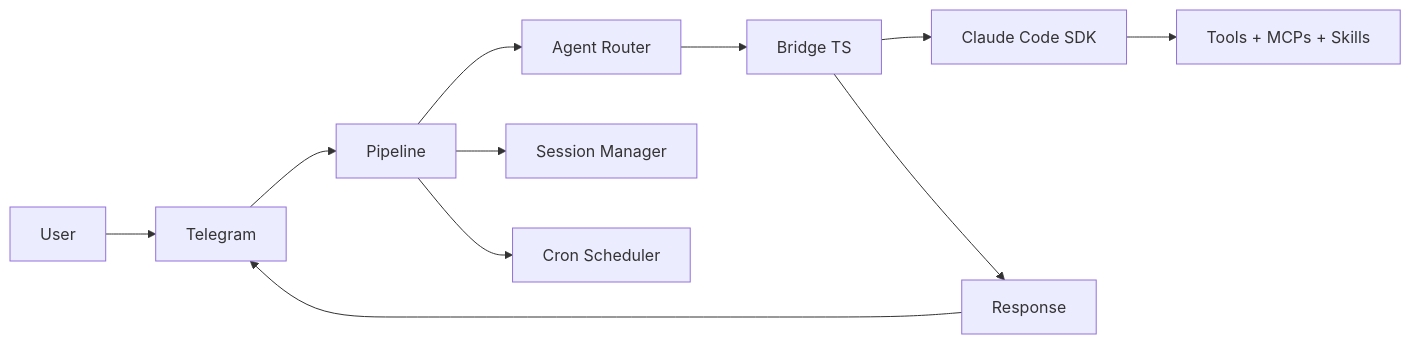
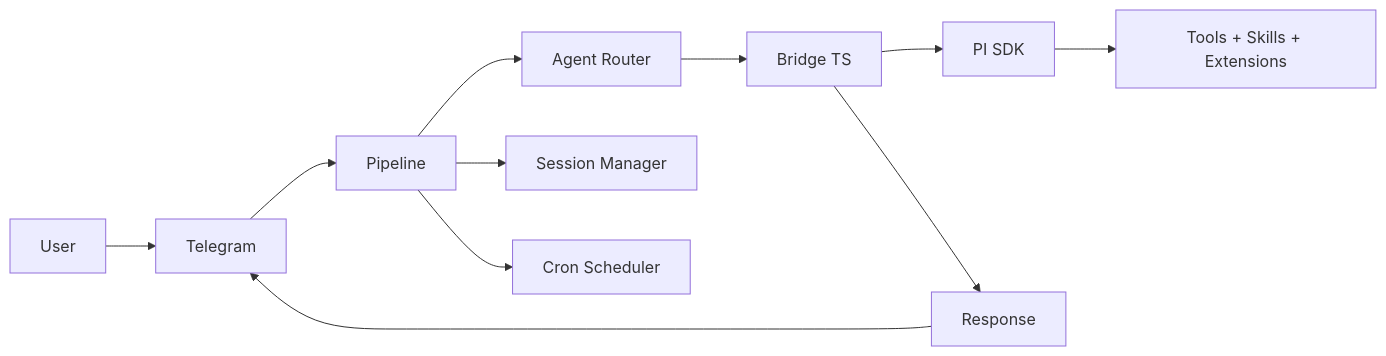
The diagram in README.md (JConradoN/claudio), drawn with Mermaid before and after one commit. The commit also changed other lines of this file and 16 other files, not shown here.

````diff
--- a/README.md
+++ b/README.md
@@ -69,13 +69,13 @@
 ```mermaid
 flowchart LR
     U[User] --> T[Telegram]
     T --> P[Pipeline]
     P --> R[Agent Router]
     R --> B[Bridge TS]
-    B --> SDK[Claude Code SDK]
-    SDK --> TOOLS[Tools + MCPs + Skills]
+    B --> SDK[PI SDK]
+    SDK --> TOOLS[Tools + Skills + Extensions]
     P --> SESS[Session Manager]
     P --> CRON[Cron Scheduler]
     B --> RES[Response]
     RES --> T
 ```
````
